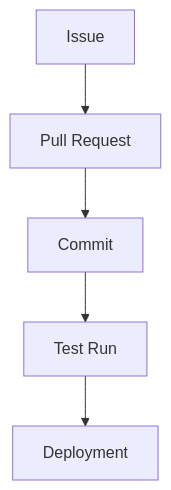
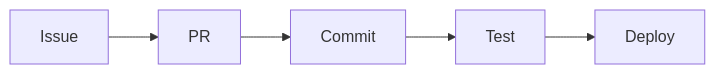
Before and after one commit to bbw9n/bbw9n.io: the second of 5 diagrams in app/blog/posts/beyond_ai_coworkers.org, drawn with Mermaid. The commit also changed other lines of this file, not shown here.

```diff
--- a/app/blog/posts/beyond_ai_coworkers.org
+++ b/app/blog/posts/beyond_ai_coworkers.org
@@ -119,15 +63,4 @@
 #+begin_src mermaid
-graph TD
-ISSUE[Issue]
-PR[Pull Request]
-COMMIT[Commit]
-TEST[Test Run]
-DEPLOY[Deployment]
-
-
-ISSUE --> PR
-PR --> COMMIT
-COMMIT --> TEST
-TEST --> DEPLOY
-
+flowchart LR
+    Issue --> PR --> Commit --> Test --> Deploy
 #+end_src
```
